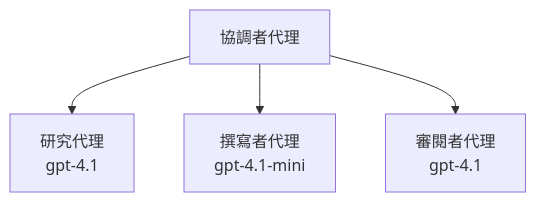
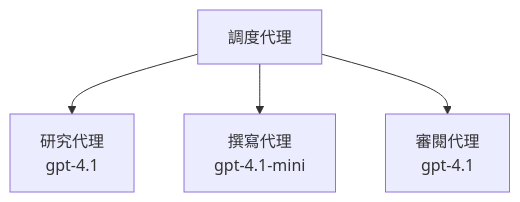
Before and after one commit to microsoft/AZD-for-beginners: the third of 3 diagrams in translations/zh-TW/docs/chapter-02-ai-development/agents.md, drawn with Mermaid. The commit also changed other lines of this file and 101 other files, not shown here.

````diff
--- a/translations/zh-TW/docs/chapter-02-ai-development/agents.md
+++ b/translations/zh-TW/docs/chapter-02-ai-development/agents.md
@@ -189,6 +194,6 @@
 ```mermaid
 graph TD
-    Orchestrator[協調者代理] --> Research[研究代理<br/>gpt-4.1]
-    Orchestrator --> Writer[撰寫者代理<br/>gpt-4.1-mini]
-    Orchestrator --> Reviewer[審閱者代理<br/>gpt-4.1]
+    Orchestrator[調度代理] --> Research[研究代理<br/>gpt-4.1]
+    Orchestrator --> Writer[撰寫代理<br/>gpt-4.1-mini]
+    Orchestrator --> Reviewer[審閱代理<br/>gpt-4.1]
 ```
````
